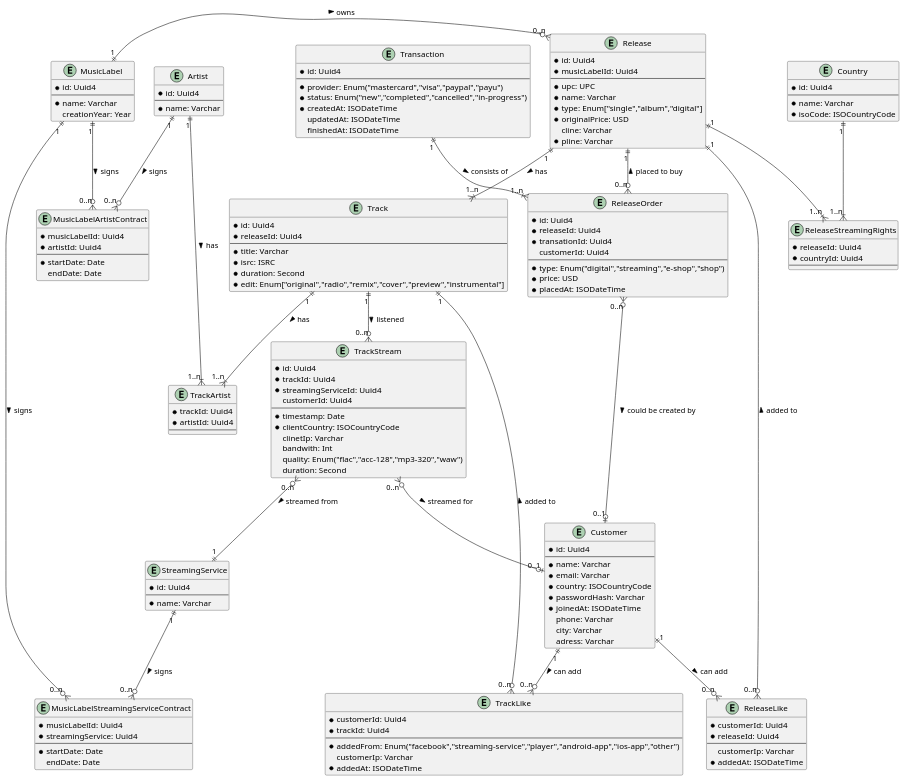
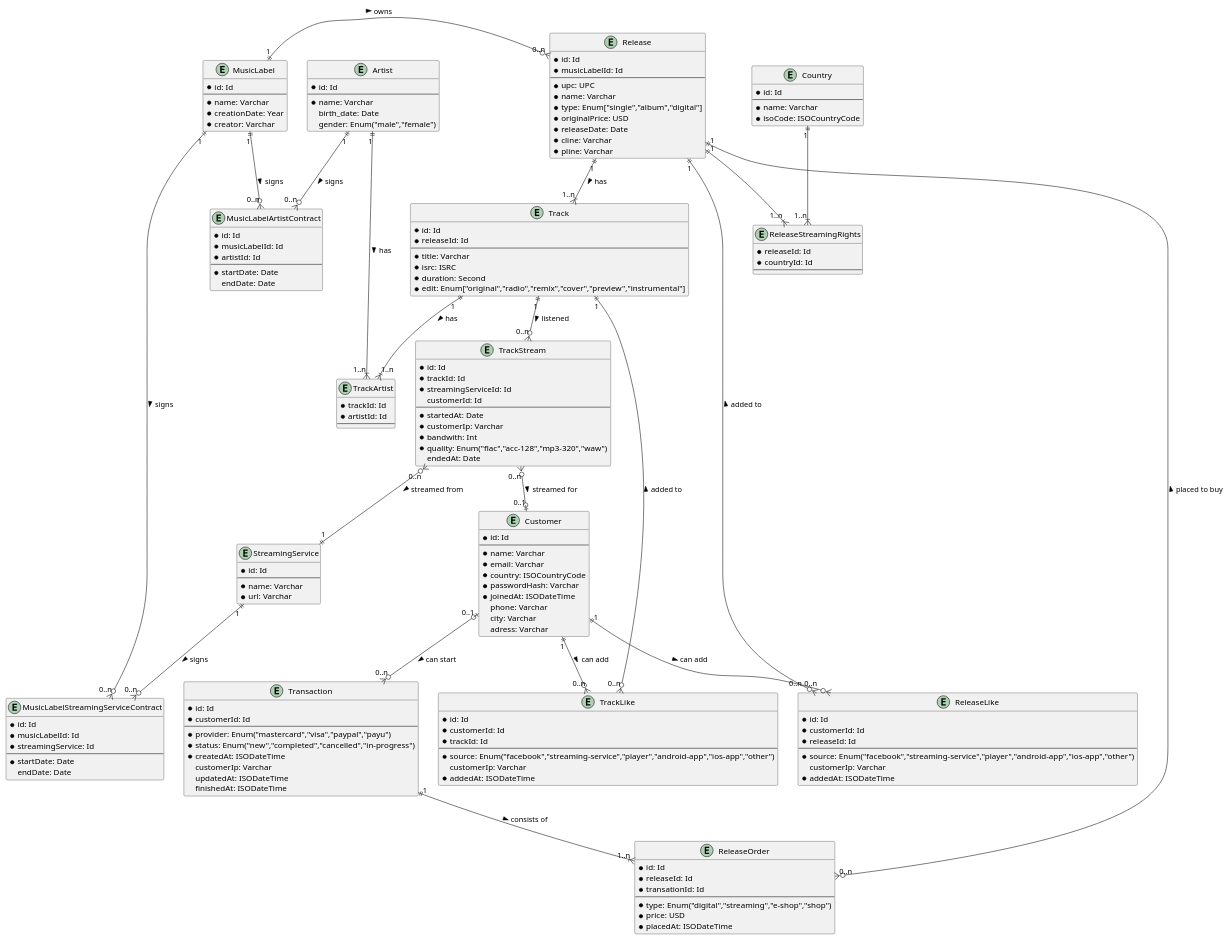
Before and after one commit to k911/zbd-schema-usa: the diagram in docs/schema_usa.wsd, drawn with PlantUML. The commit also changed 23 other files, not shown here.

```diff
--- a/docs/schema_usa.wsd
+++ b/docs/schema_usa.wsd
@@ -1,189 +1,199 @@
 @startuml zbd_schema_usa
 
 ' UPC - Int(14) - Universal Product Code
 ' ISRC - Char(12) - International Standard Recording Code
 ' Second - Int
 entity Track {
-    *id: Uuid4
-    *releaseId: Uuid4
+    *id: Id
+    *releaseId: Id
     --
     *title: Varchar
     *isrc: ISRC
     *duration: Second 
     *edit: Enum["original","radio","remix","cover","preview","instrumental"]
 }
 
 entity StreamingService {
-    *id: Uuid4
+    *id: Id
     --
     *name: Varchar
+    *url: Varchar
 }
 
 entity TrackStream {
-    *id: Uuid4
-    *trackId: Uuid4
-    *streamingServiceId: Uuid4
-    customerId: Uuid4
+    *id: Id
+    *trackId: Id
+    *streamingServiceId: Id
+    customerId: Id
     --
-    *timestamp: Date
-    *clientCountry: ISOCountryCode
-    clinetIp: Varchar
-    bandwith: Int
-    quality: Enum("flac","acc-128","mp3-320","waw")
-    duration: Second
+    *startedAt: Date
+    *customerIp: Varchar
+    *bandwith: Int
+    *quality: Enum("flac","acc-128","mp3-320","waw")
+    endedAt: Date
 }
 
 ' USD - Int - number of cents (¢)
 
 entity Release {
-    *id: Uuid4
-    *musicLabelId: Uuid4
+    *id: Id
+    *musicLabelId: Id
     --
     *upc: UPC
     *name: Varchar
     *type: Enum["single","album","digital"]
     *originalPrice: USD
-    cline: Varchar
+    *releaseDate: Date
+    *cline: Varchar
     *pline: Varchar
 }
 
 entity MusicLabelStreamingServiceContract {
-    *musicLabelId: Uuid4
-    *streamingService: Uuid4
+    *id: Id
+    *musicLabelId: Id
+    *streamingService: Id
     --
     *startDate: Date
     endDate: Date
 }
 
 entity MusicLabelArtistContract {
-    *musicLabelId: Uuid4
-    *artistId: Uuid4
+    *id: Id
+    *musicLabelId: Id
+    *artistId: Id
     --
     *startDate: Date
     endDate: Date
 }
 
 entity MusicLabel {
-    *id: Uuid4
+    *id: Id
     --
     *name: Varchar
-    creationYear: Year
+    *creationDate: Year
+    *creator: Varchar
 }
 
 ' ISOISOCountryCode - ISO 3166-1 alfa-3 (e.g. Poland - POL)
 
 entity Country {
-    *id: Uuid4
+    *id: Id
     --
     *name: Varchar
     *isoCode: ISOCountryCode
 }
 
 entity ReleaseStreamingRights {
-    *releaseId: Uuid4
-    *countryId: Uuid4
+    *releaseId: Id
+    *countryId: Id
     --
 }
 
 entity Transaction {
-    *id: Uuid4
+    *id: Id
+    *customerId: Id
     ---
     *provider: Enum("mastercard","visa","paypal","payu")
     *status: Enum("new","completed","cancelled","in-progress")
     *createdAt: ISODateTime
+    customerIp: Varchar
     updatedAt: ISODateTime
     finishedAt: ISODateTime
 }
 
 entity ReleaseOrder {
-    *id: Uuid4
-    *releaseId: Uuid4
-    *transationId: Uuid4
-    customerId: Uuid4
+    *id: Id
+    *releaseId: Id
+    *transationId: Id
     --
     *type: Enum("digital","streaming","e-shop","shop")
     *price: USD
     *placedAt: ISODateTime
 }
 
 entity ReleaseLike {
-    *customerId: Uuid4
-    *releaseId: Uuid4
+    *id: Id
+    *customerId: Id
+    *releaseId: Id
     ---
+    *source: Enum("facebook","streaming-service","player","android-app","ios-app","other")
     customerIp: Varchar
     *addedAt: ISODateTime
 }
 
 entity TrackLike {
-    *customerId: Uuid4
-    *trackId: Uuid4
+    *id: Id
+    *customerId: Id
+    *trackId: Id
     ---
-    *addedFrom: Enum("facebook","streaming-service","player","android-app","ios-app","other")
+    *source: Enum("facebook","streaming-service","player","android-app","ios-app","other")
     customerIp: Varchar
     *addedAt: ISODateTime
 }
 
 entity TrackArtist {
-    *trackId: Uuid4
-    *artistId: Uuid4
+    *trackId: Id
+    *artistId: Id
     --
 }
 
 entity Artist {
-    *id: Uuid4
+    *id: Id
     --
     *name: Varchar
+    birth_date: Date
+    gender: Enum("male","female")
 }
 
 entity Customer {
-    *id: Uuid4
+    *id: Id
     --
     *name: Varchar
     *email: Varchar
     *country: ISOCountryCode
     *passwordHash: Varchar
     *joinedAt: ISODateTime
     phone: Varchar
     city: Varchar
     adress: Varchar
 }
 
 
 
 ' Track 1..n <-> 1..n Artist
 Track "1" ||--|{ "1..n" TrackArtist:has >
 Artist "1" ||--|{ "1..n" TrackArtist:has >
 
 Release "1" ||--|{ "1..n" Track:has >
 
 Release "1" ||--o{ "0..n" ReleaseLike:< added to
 Track "1" ||--o{ "0..n" TrackLike:< added to
 
 Customer "1" ||--o{ "0..n" TrackLike: can add >
 Customer "1" ||--o{ "0..n" ReleaseLike: can add >
 
 MusicLabel "1" ||-o{ "0..n" Release:owns >
 
 ' Release 1..n <-> 1..n Country (streaming rights)
 Release "1" ||--|{ "1..n" ReleaseStreamingRights
 Country "1" ||--|{ "1..n" ReleaseStreamingRights
 
 Release "1" ||--o{ "0..n" ReleaseOrder:< placed to buy
 
 Transaction "1" ||--|{ "1..n" ReleaseOrder:consists of >
 
-ReleaseOrder "0..n" }o--o| "0..1" Customer:could be created by >
+Customer "0..1" |o--o{ "0..n" Transaction:can start >
 
 Track "1" ||--o{ "0..n" TrackStream:listened >
 TrackStream "0..n" }o--|| "1" StreamingService:streamed from >
 TrackStream "0..n" }o--o| "0..1" Customer:streamed for >
 
 
 Artist "1" ||--o{ "0..n" MusicLabelArtistContract:signs >
 MusicLabel "1" ||--o{ "0..n" MusicLabelArtistContract:signs >
 
 
 StreamingService "1" ||--o{ "0..n" MusicLabelStreamingServiceContract:signs >
 MusicLabel "1" ||--o{ "0..n" MusicLabelStreamingServiceContract:signs >
 
 @enduml
```
